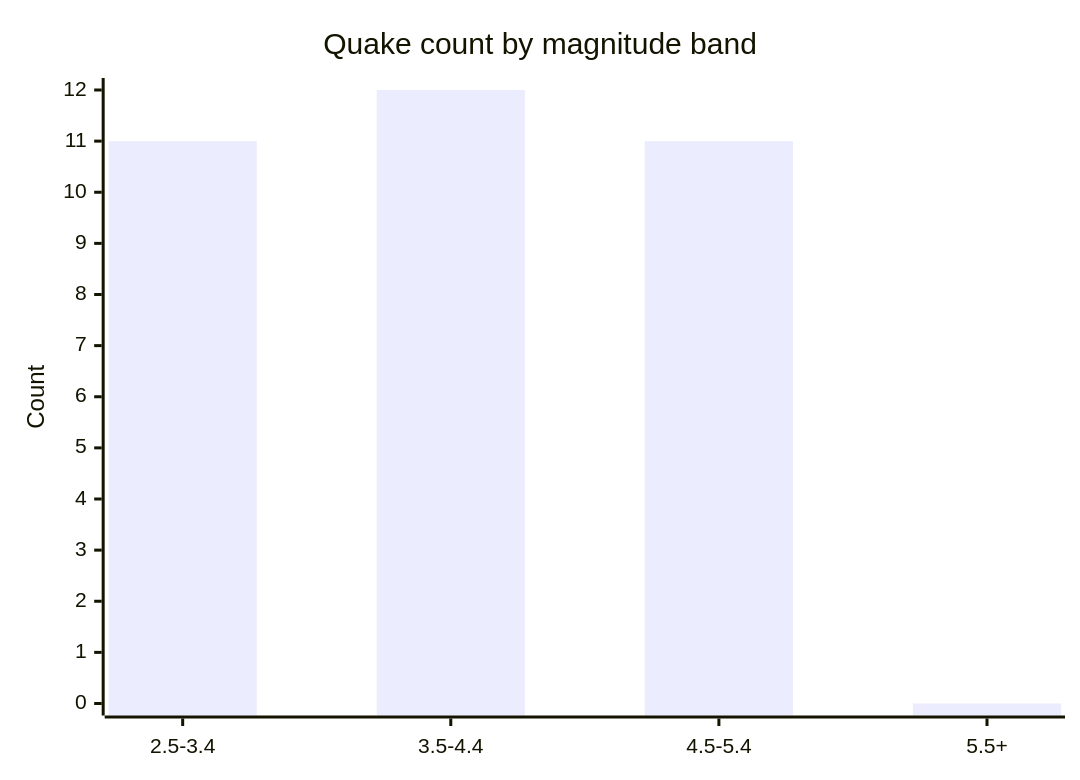
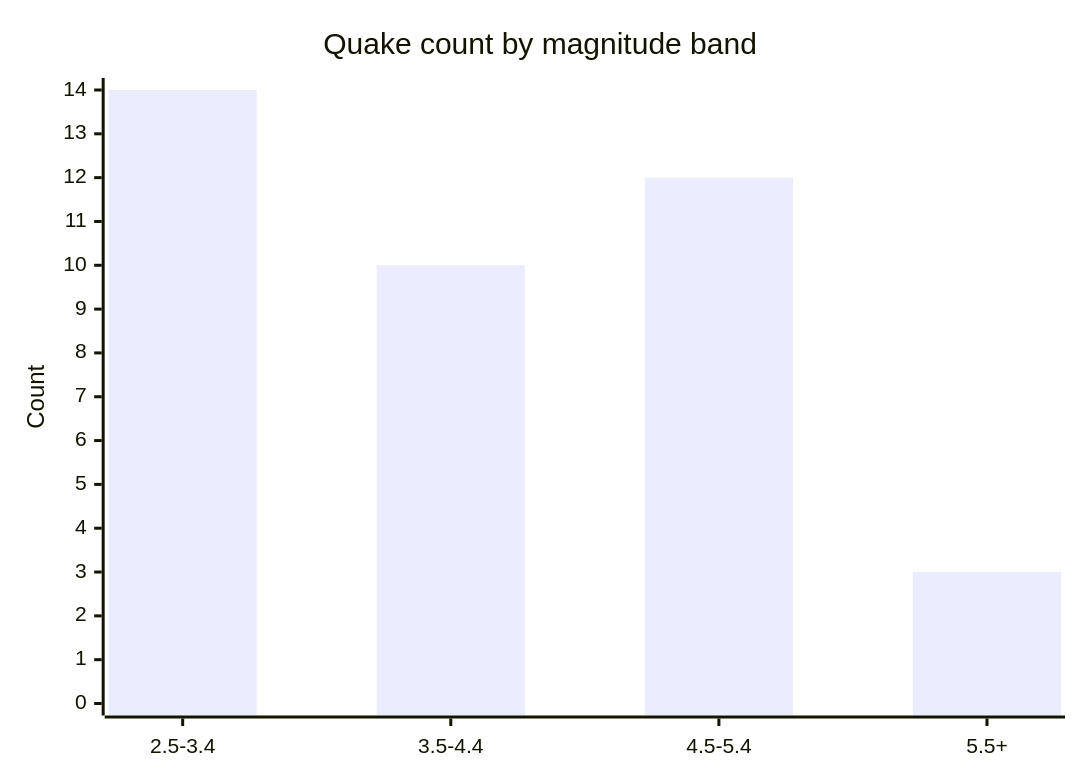
Before and after one commit to Midwest-Stratospheric/aerostratospheric-defense-gir: the fifth of 6 diagrams in docs/GRAPHS.md, drawn with Mermaid. The commit also changed other lines of this file and 23 other files, not shown here.

````diff
--- a/docs/GRAPHS.md
+++ b/docs/GRAPHS.md
@@ -82,7 +82,7 @@
 ```mermaid
 xychart-beta
   title "Quake count by magnitude band"
   x-axis ["2.5-3.4", "3.5-4.4", "4.5-5.4", "5.5+"]
-  y-axis "Count" 0 --> 12
-  bar [11, 12, 11, 0]
+  y-axis "Count" 0 --> 14
+  bar [14, 10, 12, 3]
 ```
````
